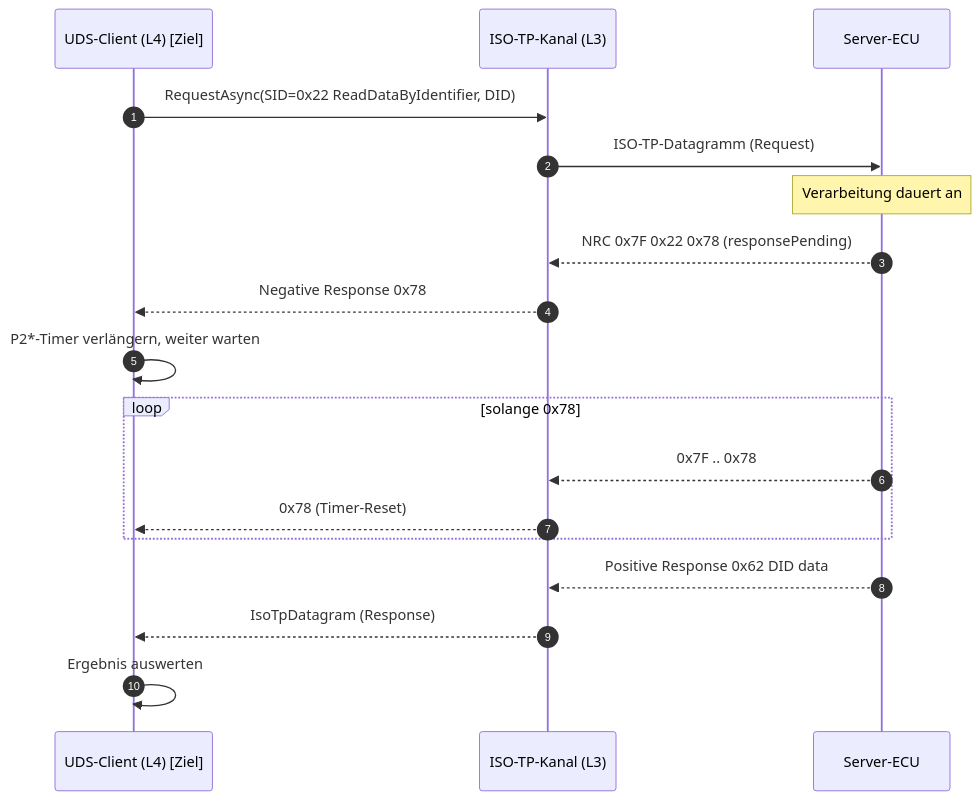
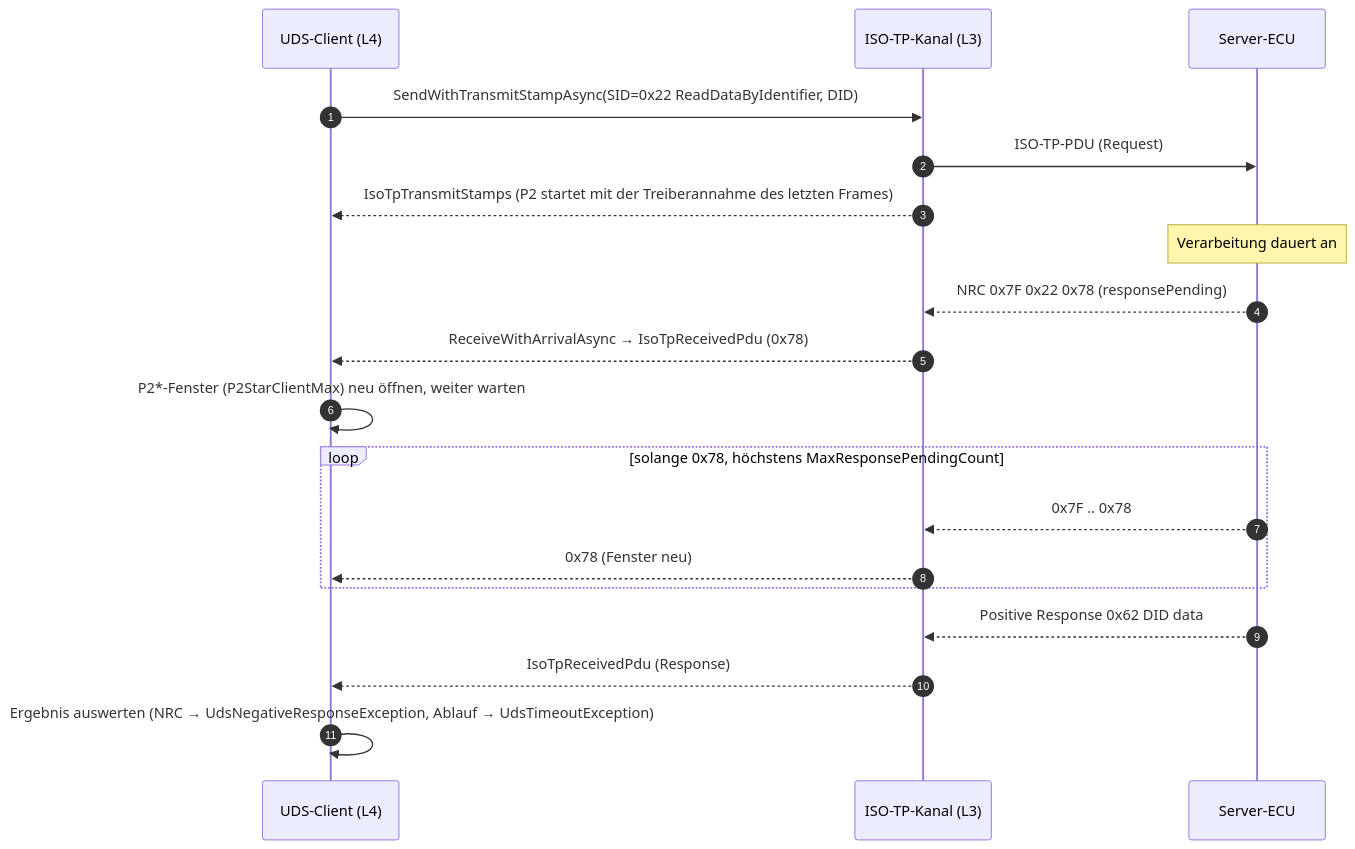
One commit to dborgards/CanKit.Pro changed the tenth of 19 diagrams in docs/architecture/arc42-CanKit.Pro.md. Above: the diagram before and after it, drawn with Mermaid. The commit also changed other lines of this file and 1 other file, not shown here.

First line of the commit message:
docs: sync arc42 and SRS with the tree (net10.0, ISO-TP shipped, default branch main)

````diff
--- a/docs/architecture/arc42-CanKit.Pro.md
+++ b/docs/architecture/arc42-CanKit.Pro.md
@@ -682,21 +681,22 @@
 ```mermaid
 sequenceDiagram
     autonumber
-    participant Client as UDS-Client (L4)  [Ziel]
+    participant Client as UDS-Client (L4)
     participant IsoTp as ISO-TP-Kanal (L3)
     participant ECU as Server-ECU
 
-    Client->>IsoTp: RequestAsync(SID=0x22 ReadDataByIdentifier, DID)
-    IsoTp->>ECU: ISO-TP-Datagramm (Request)
+    Client->>IsoTp: SendWithTransmitStampAsync(SID=0x22 ReadDataByIdentifier, DID)
+    IsoTp->>ECU: ISO-TP-PDU (Request)
+    IsoTp-->>Client: IsoTpTransmitStamps (P2 startet mit der Treiberannahme des letzten Frames)
     Note over ECU: Verarbeitung dauert an
     ECU-->>IsoTp: NRC 0x7F 0x22 0x78 (responsePending)
-    IsoTp-->>Client: Negative Response 0x78
-    Client->>Client: P2*-Timer verlängern, weiter warten
-    loop solange 0x78
+    IsoTp-->>Client: ReceiveWithArrivalAsync → IsoTpReceivedPdu (0x78)
+    Client->>Client: P2*-Fenster (P2StarClientMax) neu öffnen, weiter warten
+    loop solange 0x78, höchstens MaxResponsePendingCount
         ECU-->>IsoTp: 0x7F .. 0x78
-        IsoTp-->>Client: 0x78 (Timer-Reset)
+        IsoTp-->>Client: 0x78 (Fenster neu)
     end
     ECU-->>IsoTp: Positive Response 0x62 DID data
-    IsoTp-->>Client: IsoTpDatagram (Response)
-    Client->>Client: Ergebnis auswerten
+    IsoTp-->>Client: IsoTpReceivedPdu (Response)
+    Client->>Client: Ergebnis auswerten (NRC → UdsNegativeResponseException, Ablauf → UdsTimeoutException)
 ```
````
